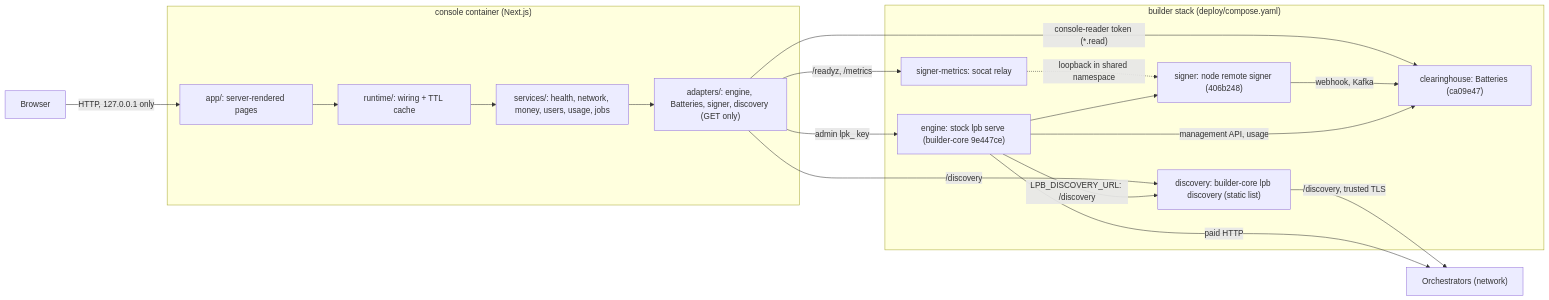
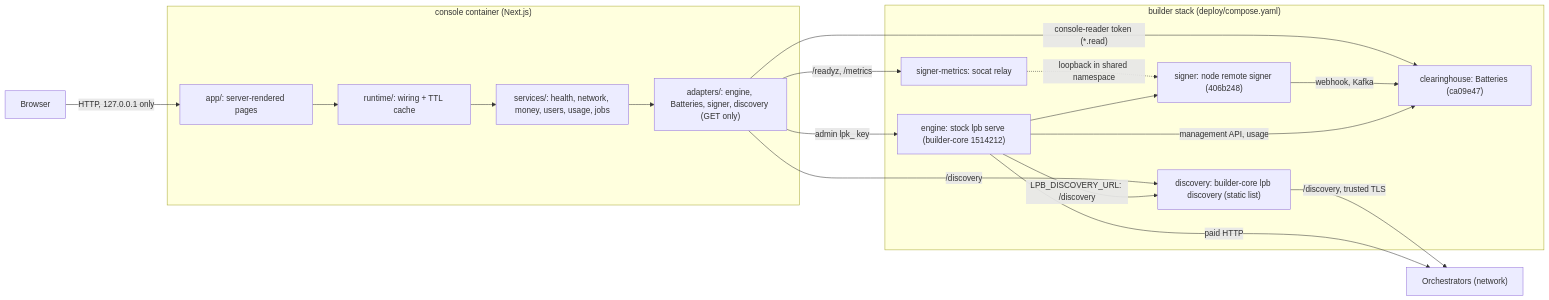
The first of 2 diagrams in ARCHITECTURE.md (NE-Build-Track/builder-core-console), drawn with Mermaid before and after one commit. The commit also changed 23 other files, not shown here.

First line of the commit message:
feat(m3): re-pin builder-core 1514212, the merged releases/m3; show each rate's source (D62)

````diff
--- a/ARCHITECTURE.md
+++ b/ARCHITECTURE.md
@@ -9,27 +9,27 @@
 ```mermaid
 flowchart LR
     Browser["Browser"]
     subgraph Console["console container (Next.js)"]
         Pages["app/: server-rendered pages"]
         RT["runtime/: wiring + TTL cache"]
         SVC["services/: health, network, money, users, usage, jobs"]
         AD["adapters/: engine, Batteries, signer, discovery (GET only)"]
     end
     subgraph Stack["builder stack (deploy/compose.yaml)"]
-        Engine["engine: stock lpb serve (builder-core 9e447ce)"]
+        Engine["engine: stock lpb serve (builder-core 1514212)"]
         Bat["clearinghouse: Batteries (ca09e47)"]
         Signer["signer: node remote signer (406b248)"]
         Relay["signer-metrics: socat relay"]
         Disc["discovery: builder-core lpb discovery (static list)"]
     end
     Orch["Orchestrators (network)"]
     Browser -->|"HTTP, 127.0.0.1 only"| Pages --> RT --> SVC --> AD
     AD -->|"admin lpk_ key"| Engine
     AD -->|"console-reader token (*.read)"| Bat
     AD -->|"/discovery"| Disc
     AD -->|"/readyz, /metrics"| Relay -.->|"loopback in shared namespace"| Signer
     Engine --> Signer -->|"webhook, Kafka"| Bat
     Engine -->|"LPB_DISCOVERY_URL: /discovery"| Disc -->|"/discovery, trusted TLS"| Orch
     Engine -->|"paid HTTP"| Orch
     Engine -->|"management API, usage"| Bat
 ```
````
